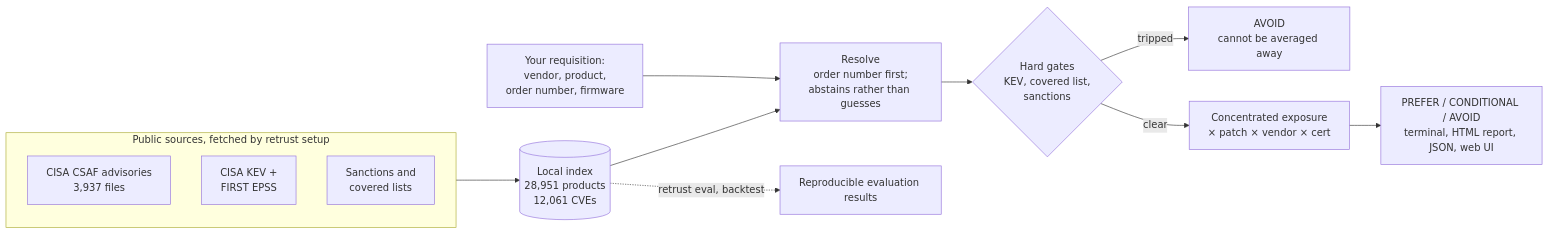
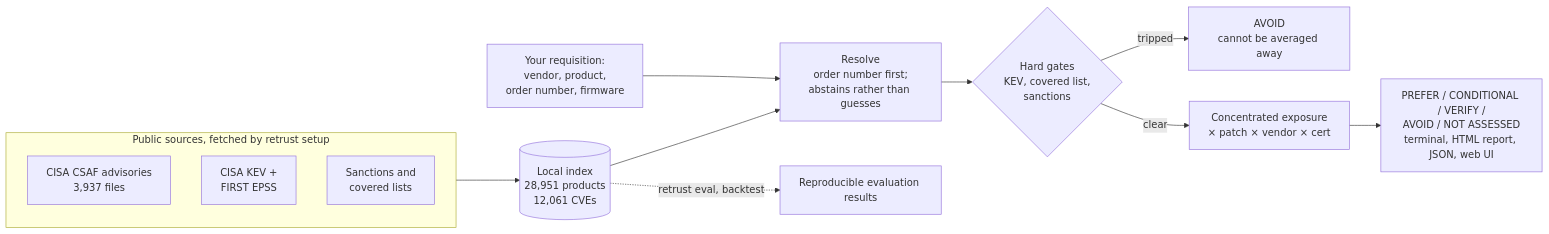
One commit to MRALPHA20/retrust changed the diagram in README.md. Above: the diagram before and after it, drawn with Mermaid. The commit also changed other lines of this file and 20 other files, not shown here.

````diff
--- a/README.md
+++ b/README.md
@@ -43,16 +43,16 @@
 ```mermaid
 flowchart LR
     subgraph SRC["Public sources, fetched by retrust setup"]
         CSAF["CISA CSAF advisories<br/>3,937 files"]
         KEV["CISA KEV +<br/>FIRST EPSS"]
         LISTS["Sanctions and<br/>covered lists"]
     end
     SRC --> IDX[("Local index<br/>28,951 products<br/>12,061 CVEs")]
     REQ["Your requisition:<br/>vendor, product,<br/>order number, firmware"] --> MATCH["Resolve<br/>order number first;<br/>abstains rather than guesses"]
     IDX --> MATCH
     MATCH --> GATE{"Hard gates<br/>KEV, covered list,<br/>sanctions"}
     GATE -->|tripped| AVOID["AVOID<br/>cannot be averaged away"]
     GATE -->|clear| SCORE["Concentrated exposure<br/>× patch × vendor × cert"]
-    SCORE --> OUT["PREFER / CONDITIONAL / AVOID<br/>terminal, HTML report, JSON, web UI"]
+    SCORE --> OUT["PREFER / CONDITIONAL / VERIFY /<br/>AVOID / NOT ASSESSED<br/>terminal, HTML report, JSON, web UI"]
     IDX -.->|"retrust eval, backtest"| PROOF["Reproducible evaluation results"]
 ```
````
